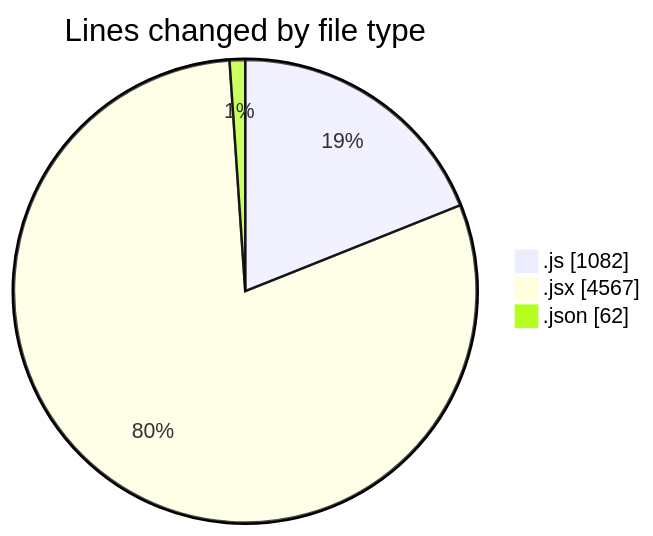
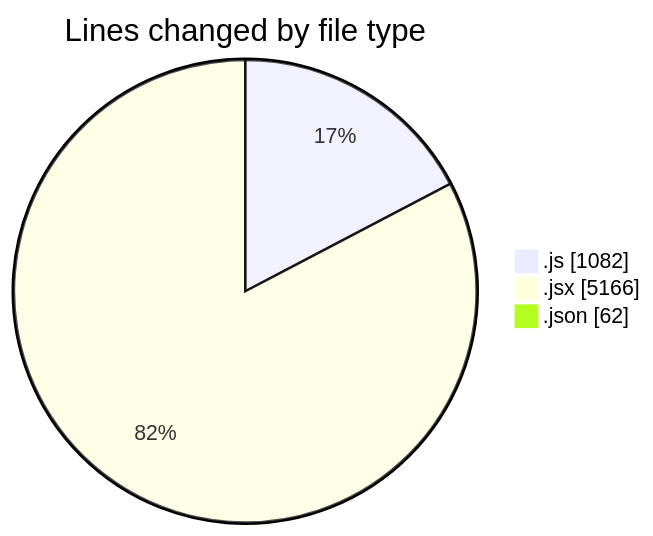
One commit to nxtqubesakshisongat/code-tracking changed the first of 2 diagrams in 2025-08-07/nxtqube_webapp/README.md. Above: the diagram before and after it, drawn with Mermaid. The commit also changed other lines of this file and 1 other file, not shown here.

````diff
--- a/2025-08-07/nxtqube_webapp/README.md
+++ b/2025-08-07/nxtqube_webapp/README.md
@@ -25,7 +25,7 @@
 ```mermaid
 pie showData
 title Lines changed by file type
 ".js" : 1082
-".jsx" : 4567
+".jsx" : 5166
 ".json" : 62
 ```
````
